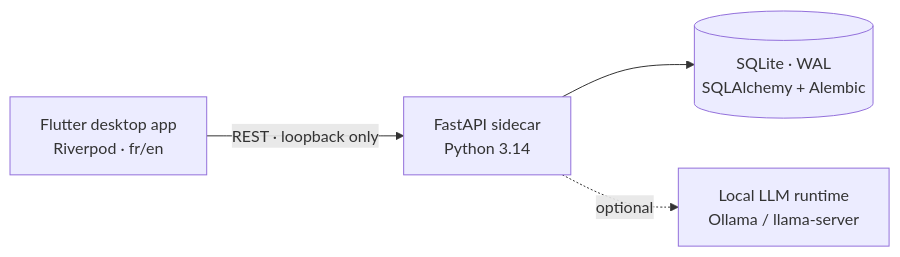
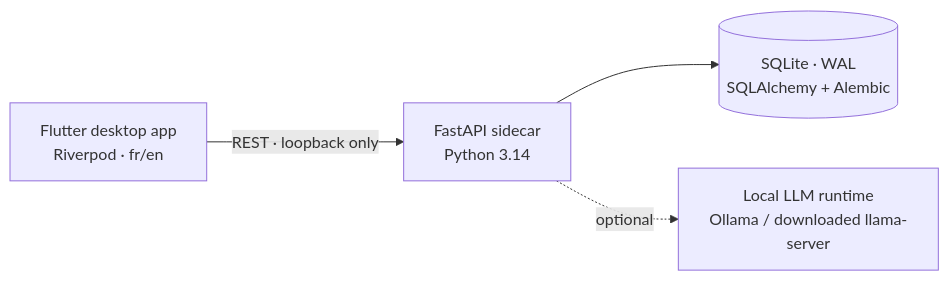
Before and after one commit to opierre/Bastide: the diagram in README.md, drawn with Mermaid. The commit also changed other lines of this file and 3 other files, not shown here.

````diff
--- a/README.md
+++ b/README.md
@@ -75,6 +76,6 @@
 ```mermaid
 flowchart LR
     UI["Flutter desktop app<br/>Riverpod · fr/en"] -- "REST · loopback only" --> API["FastAPI sidecar<br/>Python 3.14"]
     API --> DB[("SQLite · WAL<br/>SQLAlchemy + Alembic")]
-    API -. optional .-> LLM["Local LLM runtime<br/>Ollama / llama-server"]
+    API -. optional .-> LLM["Local LLM runtime<br/>Ollama / downloaded llama-server"]
 ```
````
